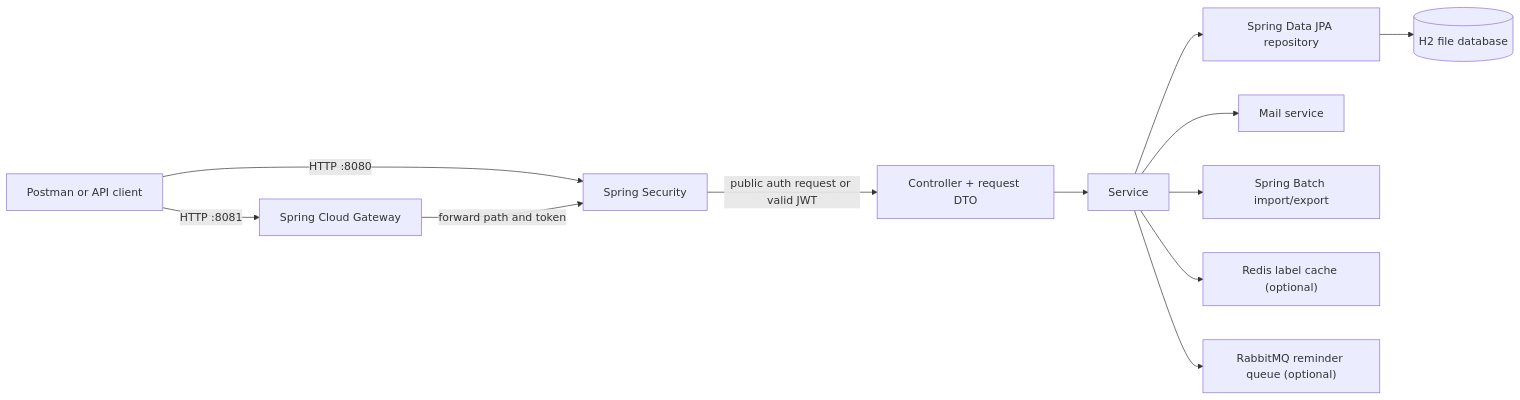
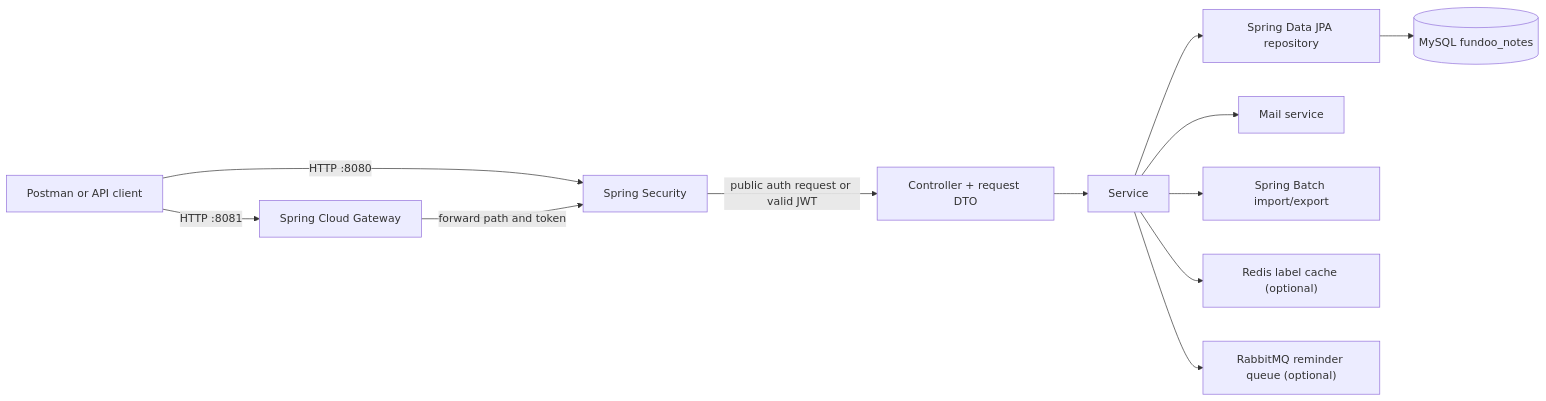
The first of 5 diagrams in README.md (Mihir-Lakhani/Bridgelabz-Fundoo-Notes), drawn with Mermaid before and after one commit. The commit also changed other lines of this file, not shown here.

Commit message:
[Mihir Lakhani] : Document MySQL setup

````diff
--- a/README.md
+++ b/README.md
@@ -45,14 +45,14 @@
 ```mermaid
 flowchart LR
     Client["Postman or API client"] -->|HTTP :8081| Gateway["Spring Cloud Gateway"]
     Client -->|HTTP :8080| Security["Spring Security"]
     Gateway -->|forward path and token| Security
     Security -->|public auth request or valid JWT| Controller["Controller + request DTO"]
     Controller --> Service["Service"]
     Service --> Repository["Spring Data JPA repository"]
-    Repository --> H2[("H2 file database")]
+    Repository --> MySQL[("MySQL fundoo_notes")]
     Service --> Mail["Mail service"]
     Service --> Batch["Spring Batch import/export"]
     Service --> Cache["Redis label cache (optional)"]
     Service --> Queue["RabbitMQ reminder queue (optional)"]
 ```
````
